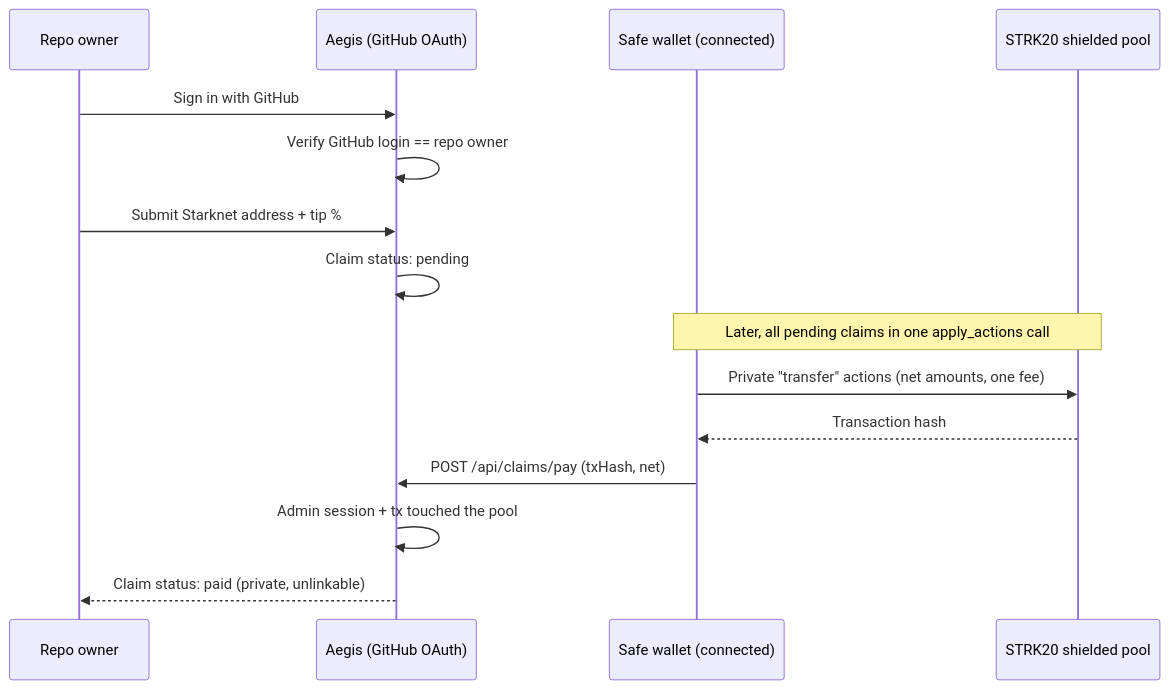
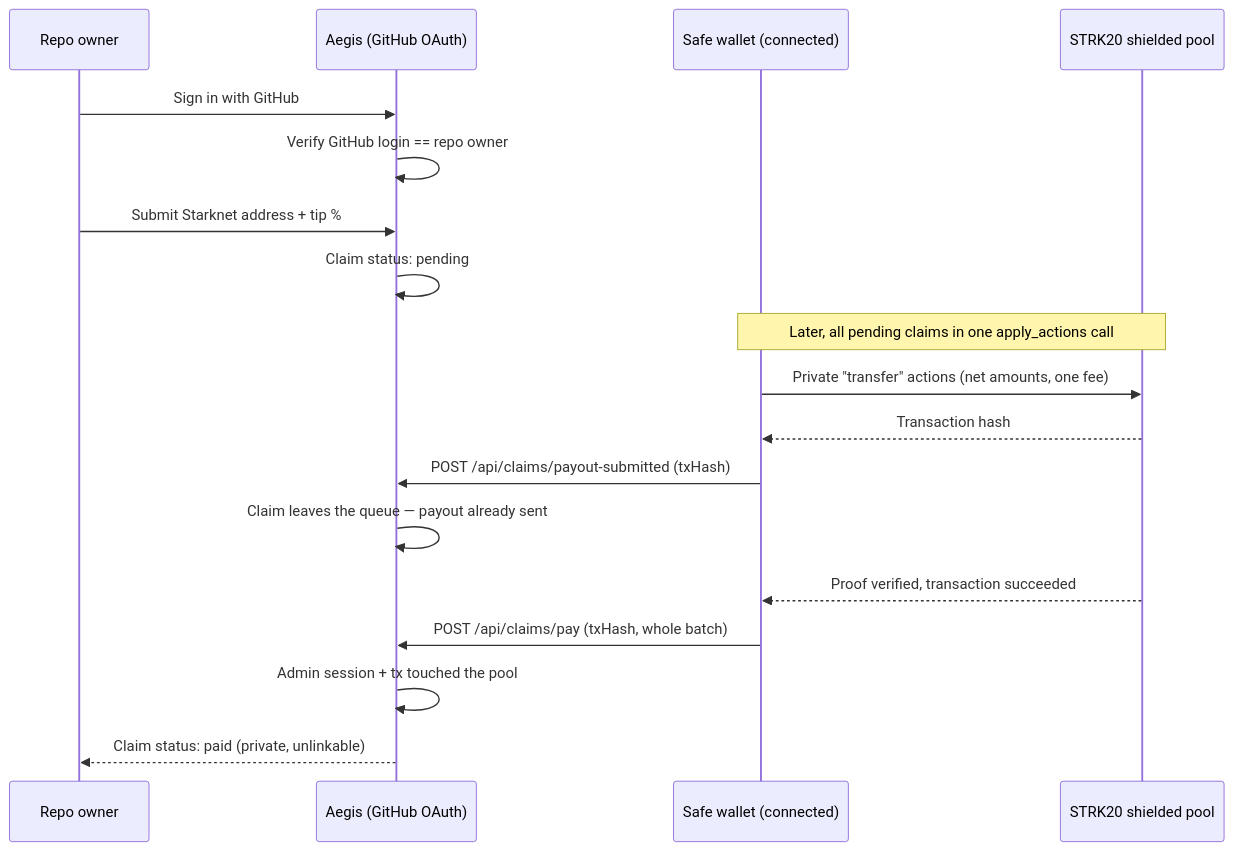
The second of 2 diagrams in README.md (justbiar/aegis), drawn with Mermaid before and after one commit. The commit also changed other lines of this file, not shown here.

Commit message:
Write up how a payout is kept from firing twice

````diff
--- a/README.md
+++ b/README.md
@@ -143,19 +143,22 @@
 ```mermaid
 sequenceDiagram
     participant Owner as Repo owner
     participant Aegis as Aegis (GitHub OAuth)
     participant Wallet as Safe wallet (connected)
     participant Pool as STRK20 shielded pool
 
     Owner->>Aegis: Sign in with GitHub
     Aegis->>Aegis: Verify GitHub login == repo owner
     Owner->>Aegis: Submit Starknet address + tip %
     Aegis->>Aegis: Claim status: pending
 
     Note over Wallet,Pool: Later, all pending claims in one apply_actions call
     Wallet->>Pool: Private "transfer" actions (net amounts, one fee)
     Pool-->>Wallet: Transaction hash
-    Wallet->>Aegis: POST /api/claims/pay (txHash, net)
+    Wallet->>Aegis: POST /api/claims/payout-submitted (txHash)
+    Aegis->>Aegis: Claim leaves the queue — payout already sent
+    Pool-->>Wallet: Proof verified, transaction succeeded
+    Wallet->>Aegis: POST /api/claims/pay (txHash, whole batch)
     Aegis->>Aegis: Admin session + tx touched the pool
     Aegis-->>Owner: Claim status: paid (private, unlinkable)
 ```
````
